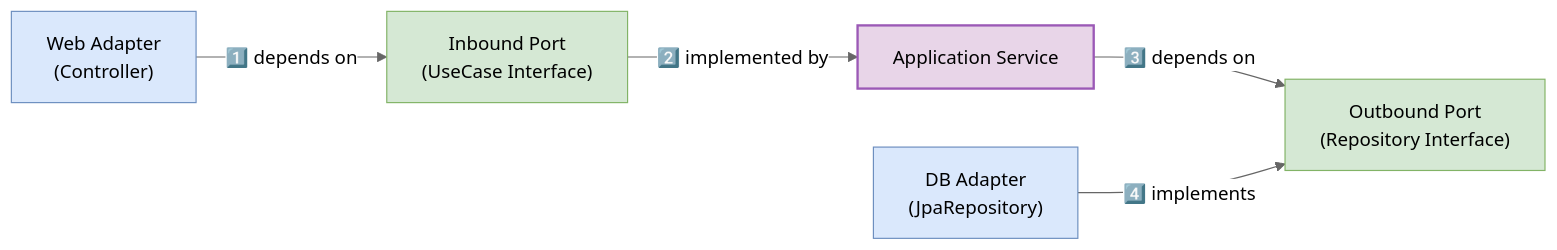
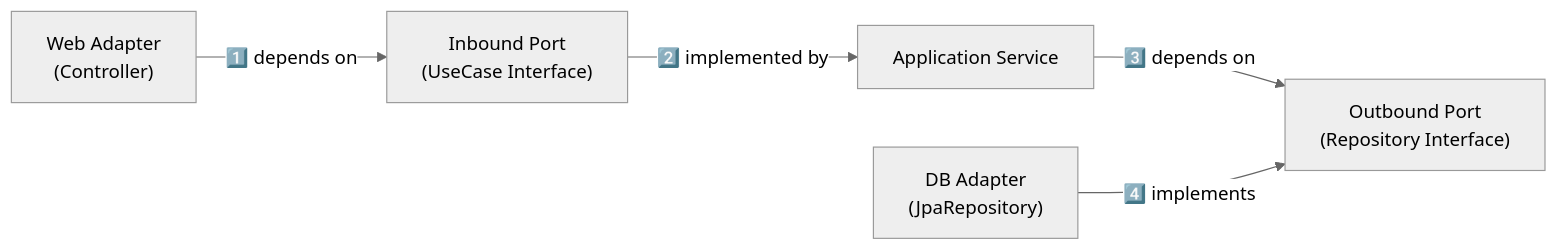
Before and after one commit to yjkim2015/yjkim2015.github.io: the second of 4 diagrams in _posts/architecture/2026-05-01-hexagonal.md, drawn with Mermaid (neutral theme). The commit also changed other lines of this file and 215 other files, not shown here.

First line of the commit message:
신규 포스트 10개 추가 + Mermaid 전면 축소 + SystemDesign 시리즈 보강

````diff
--- a/_posts/architecture/2026-05-01-hexagonal.md
+++ b/_posts/architecture/2026-05-01-hexagonal.md
@@ -132,21 +99,12 @@
 ```mermaid
 graph LR
     WA["Web Adapter\n(Controller)"]
     IP["Inbound Port\n(UseCase Interface)"]
     AS["Application Service"]
     OP["Outbound Port\n(Repository Interface)"]
     DA["DB Adapter\n(JpaRepository)"]
-
     WA -->|"1️⃣ depends on"| IP
     IP -->|"2️⃣ implemented by"| AS
     AS -->|"3️⃣ depends on"| OP
     DA -->|"4️⃣ implements"| OP
-
-    classDef core fill:#E8D5E8,stroke:#9B59B6,stroke-width:2px
-    classDef port fill:#D5E8D4,stroke:#82B366
-    classDef adapter fill:#DAE8FC,stroke:#6C8EBF
-
-    class AS core
-    class IP,OP port
-    class WA,DA adapter
 ```
````
